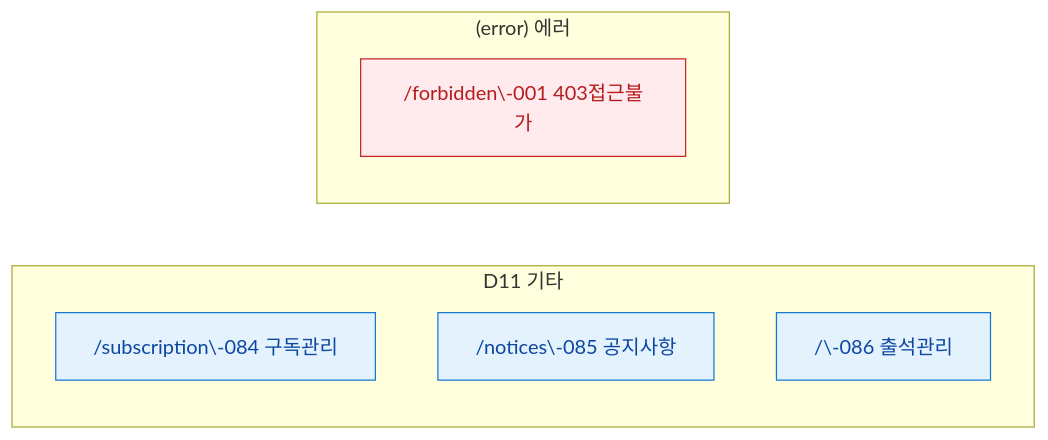
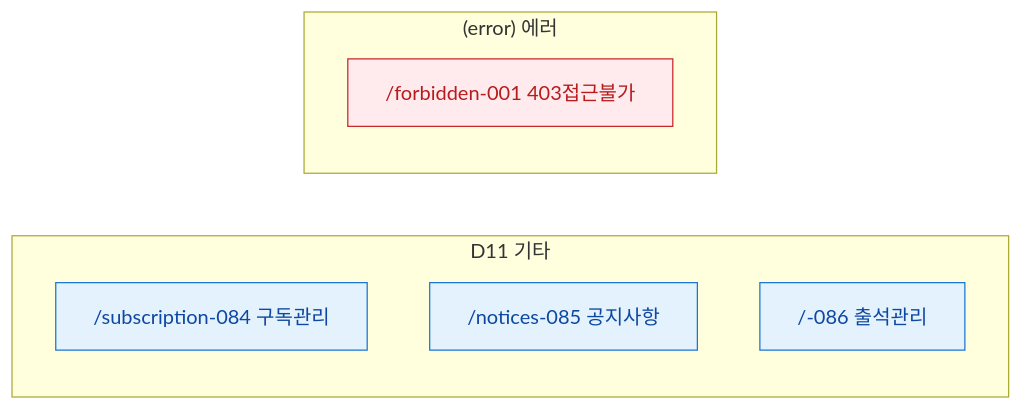
Diagram 11 of 11 in docs/admin/다이어그램/00_사이트맵/N2_도메인별_사이트맵.md (dev-spogym/admin-pando), drawn with Mermaid before and after one commit. The commit also changed other lines of this file and 369 other files, not shown here.

````diff
--- a/docs/admin/다이어그램/00_사이트맵/N2_도메인별_사이트맵.md
+++ b/docs/admin/다이어그램/00_사이트맵/N2_도메인별_사이트맵.md
@@ -261,17 +261,17 @@
 ```mermaid
 flowchart LR
     subgraph D11["D11 기타"]
-        SCR084["/subscription\-084 구독관리"]
-        SCR085["/notices\-085 공지사항"]
-        SCR086["/\-086 출석관리"]
+        SCR084["/subscription-084 구독관리"]
+        SCR085["/notices-085 공지사항"]
+        SCR086["/-086 출석관리"]
     end
 
     subgraph ERR["(error) 에러"]
-        ERR001["/forbidden\-001 403접근불가"]
+        ERR001["/forbidden-001 403접근불가"]
     end
 
     classDef screen fill:#E3F2FD,stroke:#1976D2,color:#0D47A1
     classDef error fill:#FFEBEE,stroke:#C62828,color:#B71C1C
     class SCR084,SCR085,SCR086 screen
     class ERR001 error
 ```
````
